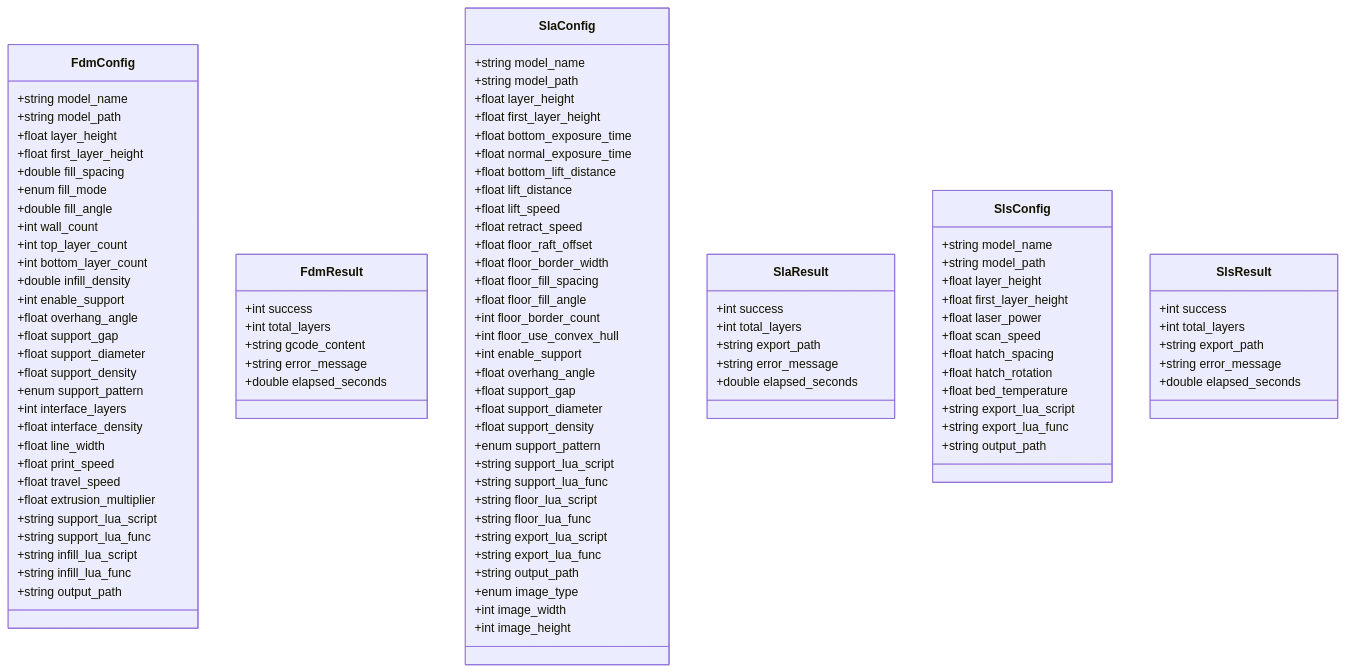
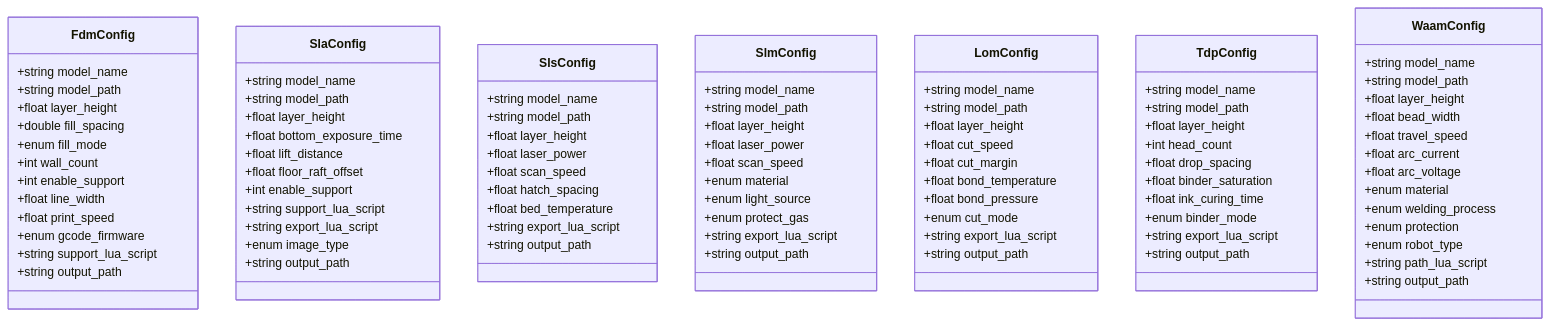
Before and after one commit to hsmbanlance/HsBaSlicer: the fifth of 7 diagrams in .qoder/repowiki/en/content/API Reference/Pipeline Conversion API.md, drawn with Mermaid. The commit also changed other lines of this file and 20 other files, not shown here.

````diff
--- a/.qoder/repowiki/en/content/API Reference/Pipeline Conversion API.md
+++ b/.qoder/repowiki/en/content/API Reference/Pipeline Conversion API.md
@@ -298,99 +337,89 @@
 +string model_name
 +string model_path
 +float layer_height
-+float first_layer_height
 +double fill_spacing
 +enum fill_mode
-+double fill_angle
 +int wall_count
-+int top_layer_count
-+int bottom_layer_count
-+double infill_density
 +int enable_support
-+float overhang_angle
-+float support_gap
-+float support_diameter
-+float support_density
-+enum support_pattern
-+int interface_layers
-+float interface_density
 +float line_width
 +float print_speed
-+float travel_speed
-+float extrusion_multiplier
++enum gcode_firmware
 +string support_lua_script
-+string support_lua_func
-+string infill_lua_script
-+string infill_lua_func
 +string output_path
-}
-class FdmResult {
-+int success
-+int total_layers
-+string gcode_content
-+string error_message
-+double elapsed_seconds
 }
 class SlaConfig {
 +string model_name
 +string model_path
 +float layer_height
-+float first_layer_height
 +float bottom_exposure_time
-+float normal_exposure_time
-+float bottom_lift_distance
 +float lift_distance
-+float lift_speed
-+float retract_speed
 +float floor_raft_offset
-+float floor_border_width
-+float floor_fill_spacing
-+float floor_fill_angle
-+int floor_border_count
-+int floor_use_convex_hull
 +int enable_support
-+float overhang_angle
-+float support_gap
-+float support_diameter
-+float support_density
-+enum support_pattern
 +string support_lua_script
-+string support_lua_func
-+string floor_lua_script
-+string floor_lua_func
 +string export_lua_script
-+string export_lua_func
++enum image_type
 +string output_path
-+enum image_type
-+int image_width
-+int image_height
-}
-class SlaResult {
-+int success
-+int total_layers
-+string export_path
-+string error_message
-+double elapsed_seconds
 }
 class SlsConfig {
 +string model_name
 +string model_path
 +float layer_height
-+float first_layer_height
 +float laser_power
 +float scan_speed
 +float hatch_spacing
-+float hatch_rotation
 +float bed_temperature
 +string export_lua_script
-+string export_lua_func
 +string output_path
 }
-class SlsResult {
-+int success
-+int total_layers
-+string export_path
-+string error_message
-+double elapsed_seconds
+class SlmConfig {
++string model_name
++string model_path
++float layer_height
++float laser_power
++float scan_speed
++enum material
++enum light_source
++enum protect_gas
++string export_lua_script
++string output_path
+}
+class LomConfig {
++string model_name
++string model_path
++float layer_height
++float cut_speed
++float cut_margin
++float bond_temperature
++float bond_pressure
++enum cut_mode
++string export_lua_script
++string output_path
+}
+class TdpConfig {
++string model_name
++string model_path
++float layer_height
++int head_count
++float drop_spacing
++float binder_saturation
++float ink_curing_time
++enum binder_mode
++string export_lua_script
++string output_path
+}
+class WaamConfig {
++string model_name
++string model_path
++float layer_height
++float bead_width
++float travel_speed
++float arc_current
++float arc_voltage
++enum material
++enum welding_process
++enum protection
++enum robot_type
++string path_lua_script
++string output_path
 }
 ```
````
